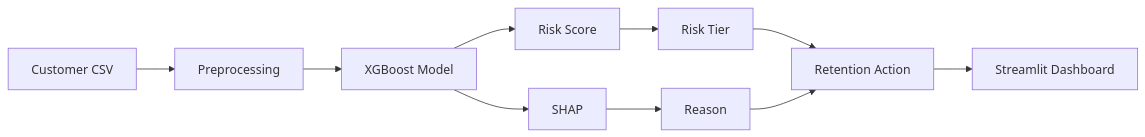
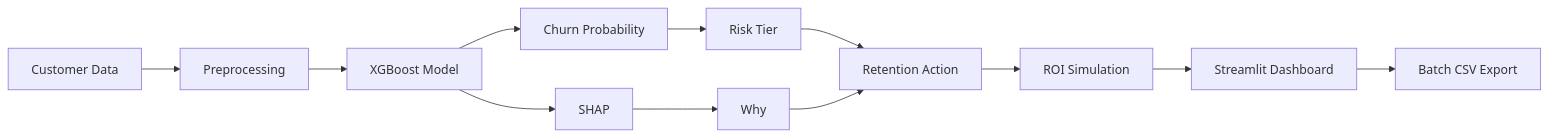
One commit to Piyu242005/Customer-Churn-Prediction-Action-System changed the diagram in README.md. Above: the diagram before and after it, drawn with Mermaid. The commit also changed other lines of this file, not shown here.

Commit message:
docs: document upgraded churn decision system

````diff
--- a/README.md
+++ b/README.md
@@ -37,12 +114,14 @@
 ```mermaid
 graph LR
-    D[Customer CSV] --> P[Preprocessing]
+    D[Customer Data] --> P[Preprocessing]
     P --> M[XGBoost Model]
-    M --> R[Risk Score]
+    M --> R[Churn Probability]
     M --> S[SHAP]
-    R --> A[Risk Tier]
-    S --> WHY[Reason]
-    A --> ACT[Retention Action]
-    WHY --> ACT
-    ACT --> UI[Streamlit Dashboard]
+    R --> T[Risk Tier]
+    S --> W[Why]
+    T --> A[Retention Action]
+    W --> A
+    A --> ROI[ROI Simulation]
+    ROI --> UI[Streamlit Dashboard]
+    UI --> CSV[Batch CSV Export]
 ```
````
